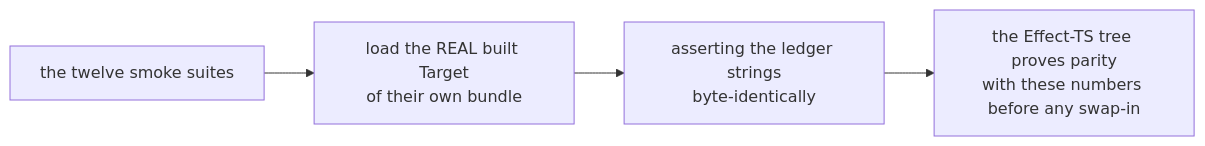
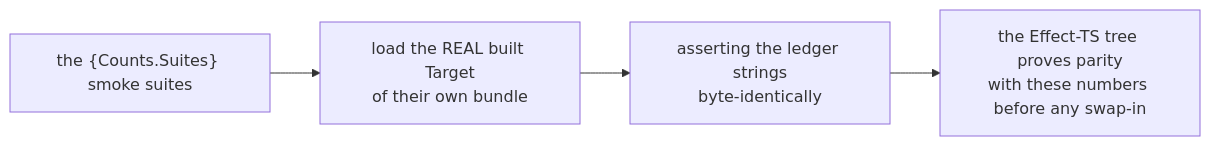
Before and after one commit to PlayForm/Site-DeepSeek: the diagram in Source/Content/Mermaid/versions-arbiter.mmd, drawn with Mermaid. The commit also changed 360 other files, not shown here.

First line of the commit message:
chore(site): regenerate Mermaid suite for Mermaid 12 tspan classes

```diff
--- a/Source/Content/Mermaid/versions-arbiter.mmd
+++ b/Source/Content/Mermaid/versions-arbiter.mmd
@@ -1,5 +1,5 @@
 flowchart LR
-	SUITES["the twelve smoke suites"] --> LOAD["load the REAL built Target<br/>of their own bundle"]
+	SUITES["the {Counts.Suites} smoke suites"] --> LOAD["load the REAL built Target<br/>of their own bundle"]
 	LOAD --> ASSERT["asserting the ledger strings<br/>byte-identically"]
 	PARITY["the Effect-TS tree proves parity<br/>with these numbers before any swap-in"]
 	ASSERT --> PARITY
```
